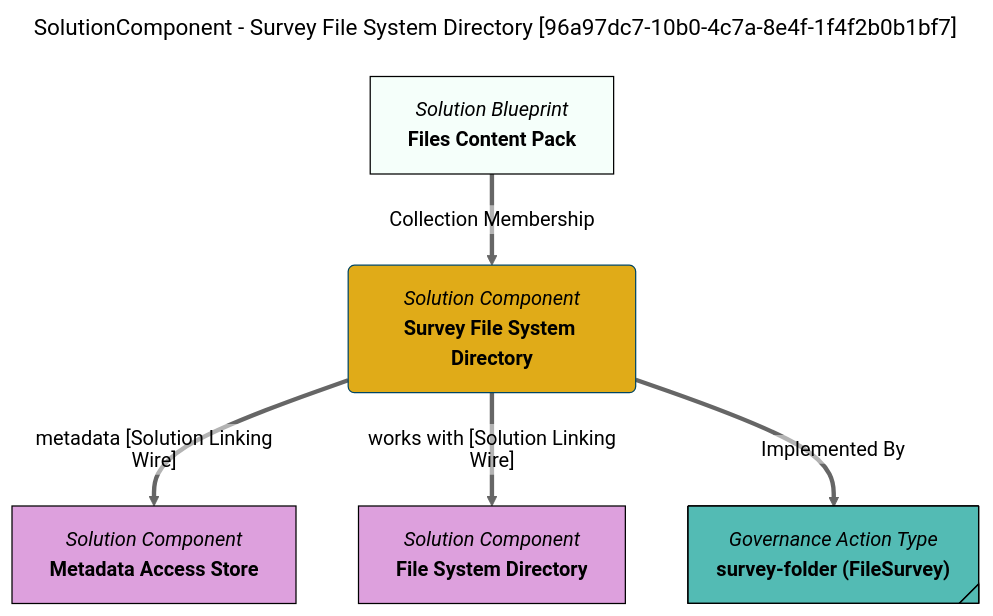
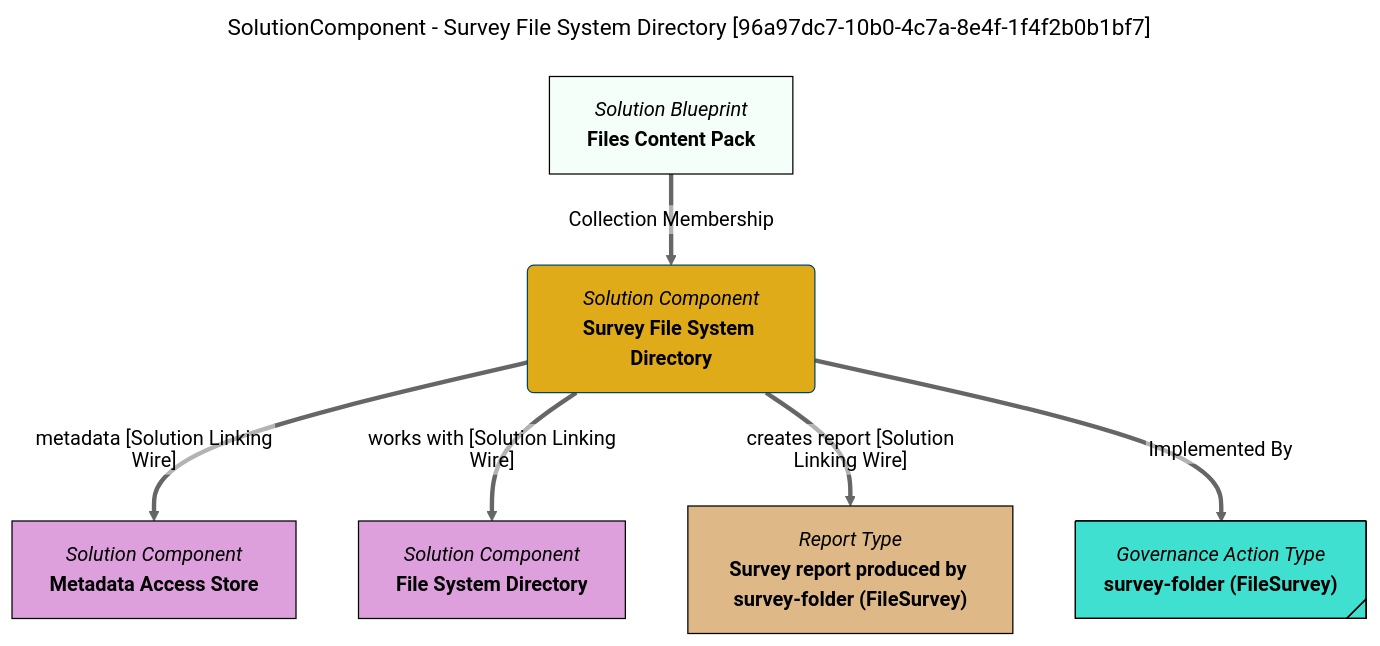
Before and after one commit to odpi/egeria-docs: the diagram in site/snippets/blueprints/components/survey-folder-mermaid-graph.md, drawn with Mermaid (neutral theme). The commit also changed 2201 other files, not shown here.

````diff
--- a/site/snippets/blueprints/components/survey-folder-mermaid-graph.md
+++ b/site/snippets/blueprints/components/survey-folder-mermaid-graph.md
@@ -1,30 +1,34 @@
 ```mermaid
 ---
 title: SolutionComponent - Survey File System Directory [96a97dc7-10b0-4c7a-8e4f-1f4f2b0b1bf7]
 ---
 flowchart TD
 %%{init: {"flowchart": {"htmlLabels": false}} }%%
 
 1@{ shape: rounded, label: "*Solution Component*
 **Survey File System Directory**"}
 2@{ shape: rect, label: "*Solution Blueprint*
 **Files Content Pack**"}
 2==>|"Collection Membership"|1
 3@{ shape: rect, label: "*Solution Component*
 **Metadata Access Store**"}
 1==>|"metadata [Solution Linking Wire]"|3
 4@{ shape: rect, label: "*Solution Component*
 **File System Directory**"}
 1==>|"works with [Solution Linking Wire]"|4
-5@{ shape: tag-rect, label: "*Governance Action Type*
+5@{ shape: rect, label: "*Report Type*
+**Survey report produced by survey-folder (FileSurvey)**"}
+1==>|"creates report [Solution Linking Wire]"|5
+6@{ shape: tag-rect, label: "*Governance Action Type*
 **survey-folder (FileSurvey)**"}
-1==>|"Implemented By"|5
+1==>|"Implemented By"|6
 style 1 color:#000000, fill:#e0ab18, stroke:#004563
 style 2 color:#000000, fill:#f5fffa, stroke:#000000
-style 3 color:#000000, fill:#dda0dd, stroke:#000000
-style 4 color:#000000, fill:#dda0dd, stroke:#000000
-style 5 color:#000000, fill:#53bbb4, stroke:#000000
+style 3 color:#000000, fill:#DDA0DD, stroke:#000000
+style 4 color:#000000, fill:#DDA0DD, stroke:#000000
+style 5 color:#000000, fill:#DEB887, stroke:#000000
+style 6 color:#000000, fill:#40E0D0, stroke:#000000
 click 1 "https://egeria-project.org/concepts/governance-action-type/" "Click for more documentation" _blank
 click 3 "https://egeria-project.org/concepts/metadata-access-store/" "Click for more documentation" _blank
 click 4 "https://egeria-project.org/types/2/0220-Files-and-Folders/" "Click for more documentation" _blank
 ```
````
